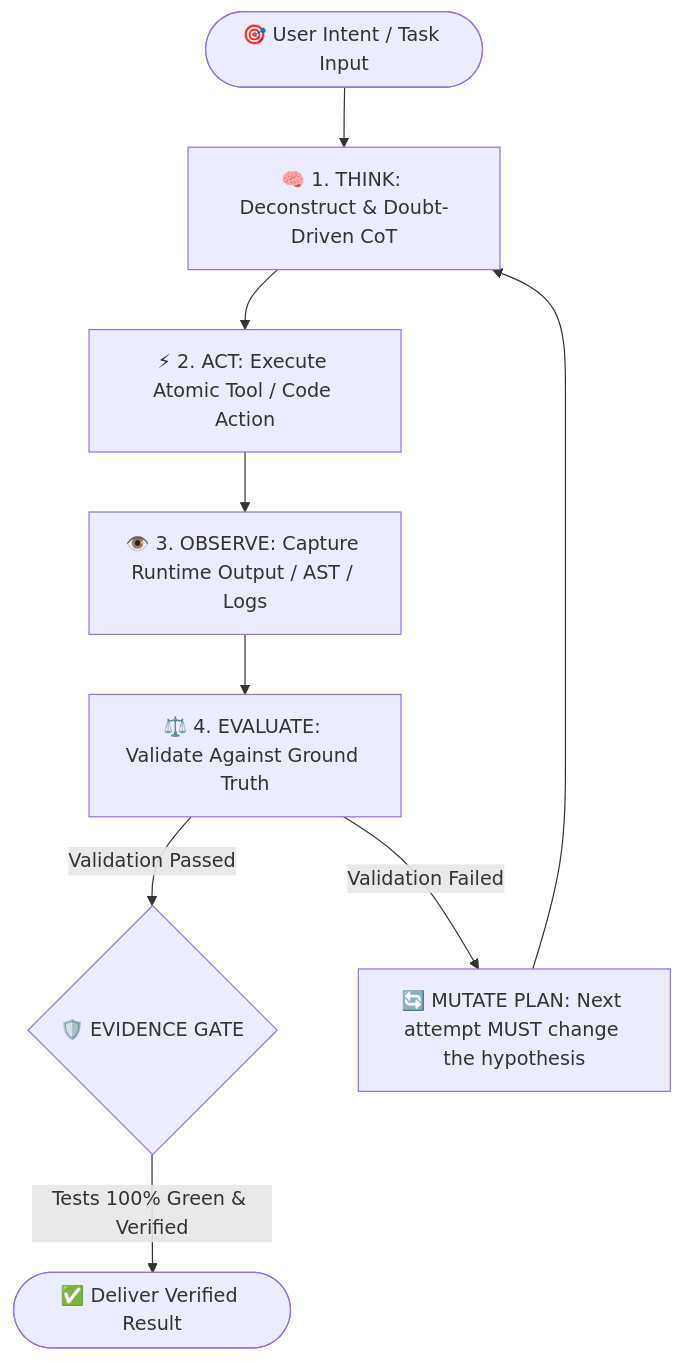
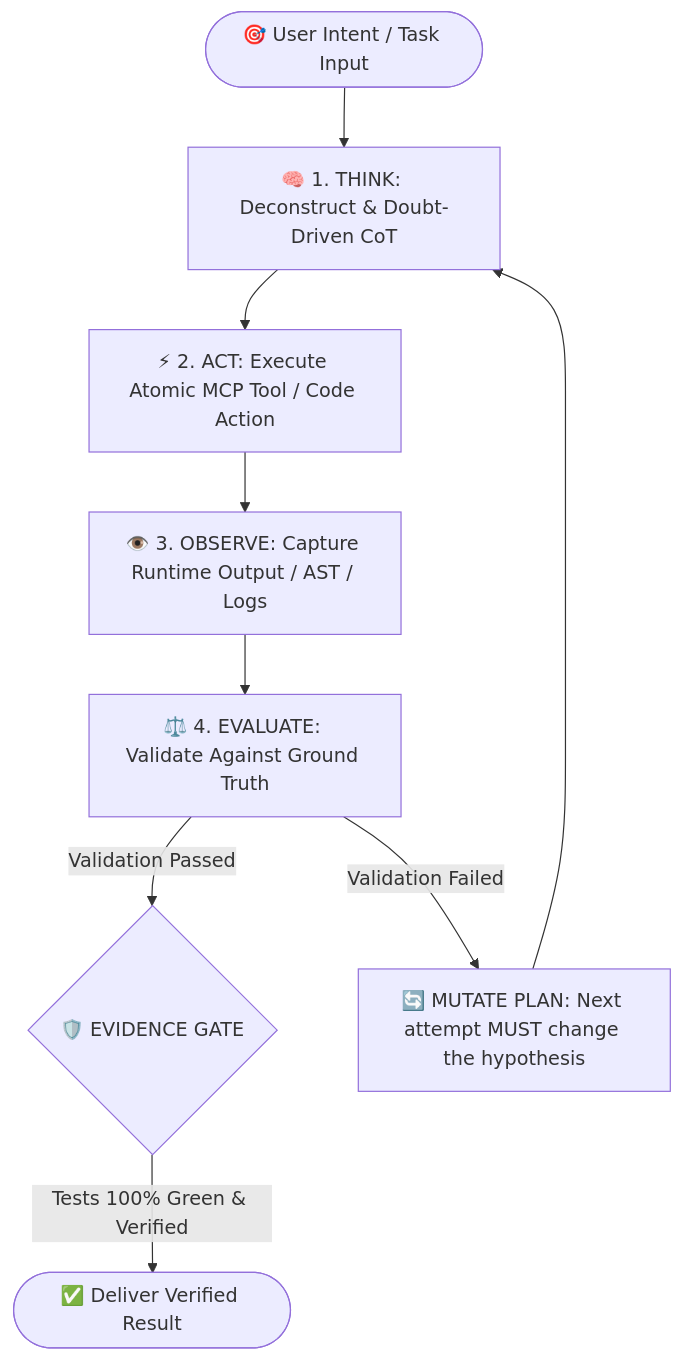
One commit to dyviarlp/agentic-ai-hub changed the diagram in README.md. Above: the diagram before and after it, drawn with Mermaid. The commit also changed other lines of this file and 4 other files, not shown here.

````diff
--- a/README.md
+++ b/README.md
@@ -27,11 +28,11 @@
 ```mermaid
 flowchart TD
     A([🎯 User Intent / Task Input]) --> B[🧠 1. THINK: Deconstruct & Doubt-Driven CoT]
-    B --> C[⚡ 2. ACT: Execute Atomic Tool / Code Action]
+    B --> C[⚡ 2. ACT: Execute Atomic MCP Tool / Code Action]
     C --> D[👁️ 3. OBSERVE: Capture Runtime Output / AST / Logs]
     D --> E[⚖️ 4. EVALUATE: Validate Against Ground Truth]
     E -->|Validation Passed| F{🛡️ EVIDENCE GATE}
     E -->|Validation Failed| G[🔄 MUTATE PLAN: Next attempt MUST change the hypothesis]
     G --> B
     F -->|Tests 100% Green & Verified| H([✅ Deliver Verified Result])
 ```
````
